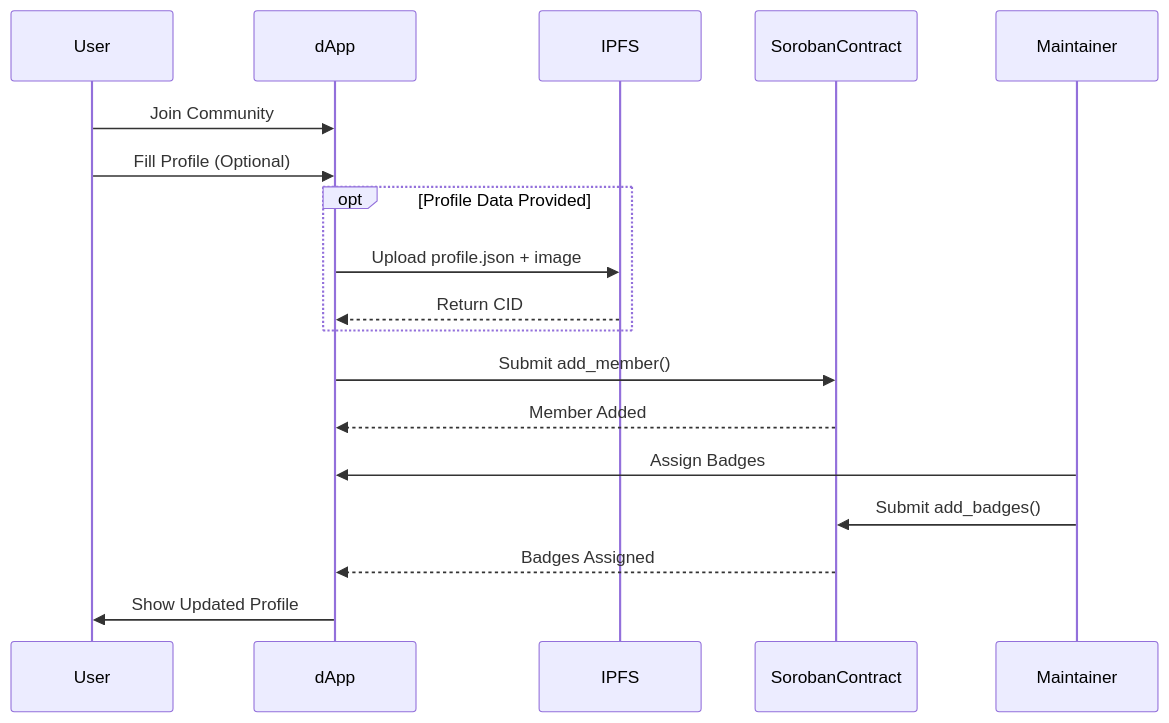
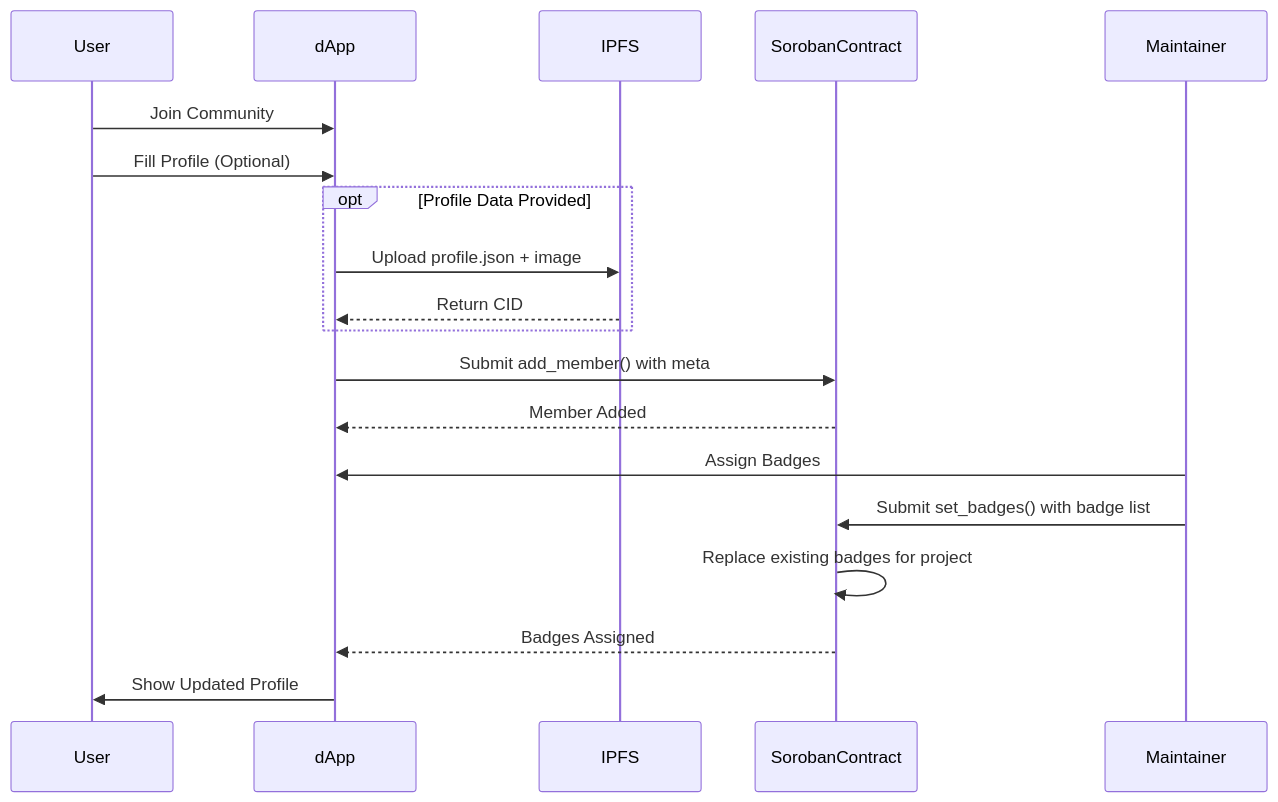
The fourth of 6 diagrams in website/docs/developers/user_flows.mdx (tupui/soroban-versioning), drawn with Mermaid before and after one commit. The commit also changed other lines of this file and 31 other files, not shown here.

Commit message:
Update binding, deps, docs and some flows

````diff
--- a/website/docs/developers/user_flows.mdx
+++ b/website/docs/developers/user_flows.mdx
@@ -204,22 +207,23 @@
 ```mermaid
 sequenceDiagram
   participant U as User
   participant D as dApp
   participant IPFS as IPFS
   participant SC as SorobanContract
   participant M as Maintainer
 
   U->>D: Join Community
   U->>D: Fill Profile (Optional)
   opt Profile Data Provided
     D->>IPFS: Upload profile.json + image
     IPFS-->>D: Return CID
   end
-  D->>SC: Submit add_member()
+  D->>SC: Submit add_member() with meta
   SC-->>D: Member Added
 
   M->>D: Assign Badges
-  M->>SC: Submit add_badges()
+  M->>SC: Submit set_badges() with badge list
+  SC->>SC: Replace existing badges for project
   SC-->>D: Badges Assigned
   D->>U: Show Updated Profile
 ```
````
